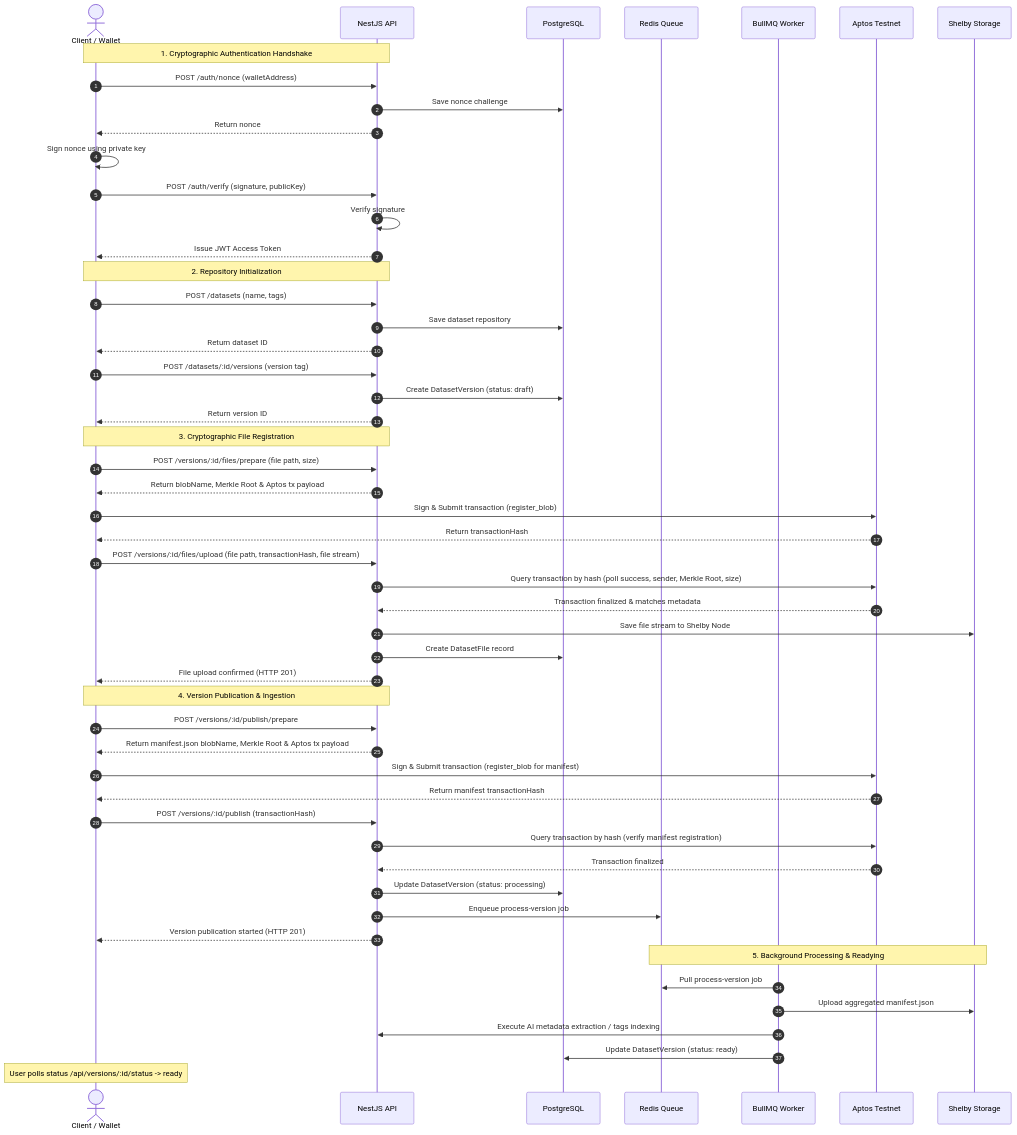
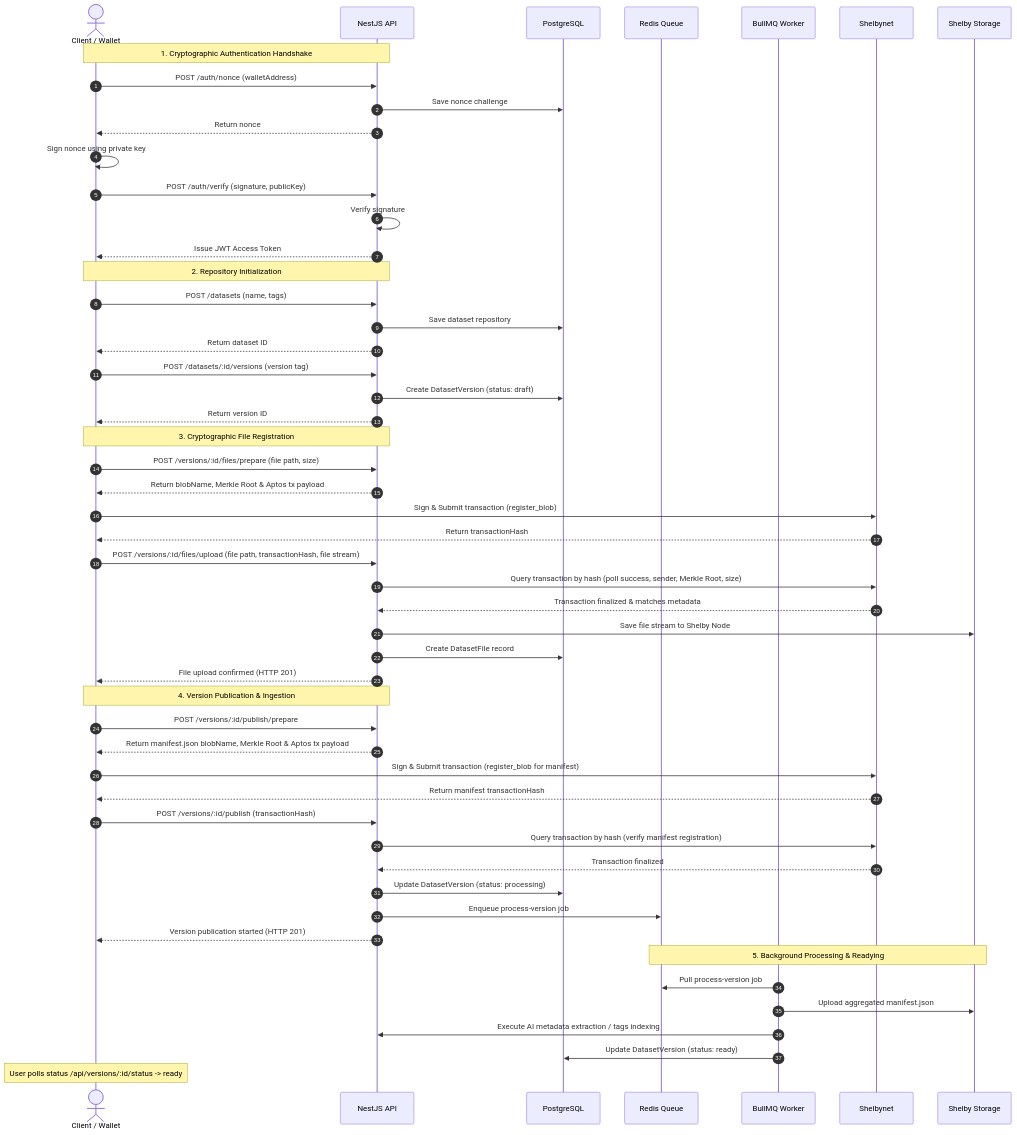
Before and after one commit to Avnsmith/Dataforge: the diagram in docs/publishing-flow.md, drawn with Mermaid. The commit also changed other lines of this file and 17 other files, not shown here.

````diff
--- a/docs/publishing-flow.md
+++ b/docs/publishing-flow.md
@@ -11,64 +11,64 @@
 ```mermaid
 sequenceDiagram
     autonumber
     actor User as Client / Wallet
     participant API as NestJS API
     participant DB as PostgreSQL
     participant Redis as Redis Queue
     participant Worker as BullMQ Worker
-    participant Aptos as Aptos Testnet
+    participant Aptos as Shelbynet
     participant Shelby as Shelby Storage
 
     %% Authentication
     Note over User, API: 1. Cryptographic Authentication Handshake
     User->>API: POST /auth/nonce (walletAddress)
     API->>DB: Save nonce challenge
     API-->>User: Return nonce
     User->>User: Sign nonce using private key
     User->>API: POST /auth/verify (signature, publicKey)
     API->>API: Verify signature
     API-->>User: Issue JWT Access Token
 
     %% Dataset and Version Creation
     Note over User, API: 2. Repository Initialization
     User->>API: POST /datasets (name, tags)
     API->>DB: Save dataset repository
     API-->>User: Return dataset ID
     User->>API: POST /datasets/:id/versions (version tag)
     API->>DB: Create DatasetVersion (status: draft)
     API-->>User: Return version ID
 
     %% File Ingestion
     Note over User, API: 3. Cryptographic File Registration
     User->>API: POST /versions/:id/files/prepare (file path, size)
     API-->>User: Return blobName, Merkle Root & Aptos tx payload
     User->>Aptos: Sign & Submit transaction (register_blob)
     Aptos-->>User: Return transactionHash
     User->>API: POST /versions/:id/files/upload (file path, transactionHash, file stream)
     API->>Aptos: Query transaction by hash (poll success, sender, Merkle Root, size)
     Aptos-->>API: Transaction finalized & matches metadata
     API->>Shelby: Save file stream to Shelby Node
     API->>DB: Create DatasetFile record
     API-->>User: File upload confirmed (HTTP 201)
 
     %% Manifest and Version Publication
     Note over User, API: 4. Version Publication & Ingestion
     User->>API: POST /versions/:id/publish/prepare
     API-->>User: Return manifest.json blobName, Merkle Root & Aptos tx payload
     User->>Aptos: Sign & Submit transaction (register_blob for manifest)
     Aptos-->>User: Return manifest transactionHash
     User->>API: POST /versions/:id/publish (transactionHash)
     API->>Aptos: Query transaction by hash (verify manifest registration)
     Aptos-->>API: Transaction finalized
     API->>DB: Update DatasetVersion (status: processing)
     API->>Redis: Enqueue process-version job
     API-->>User: Version publication started (HTTP 201)
     
     %% Background Ingestion Worker
     Note over Redis, Shelby: 5. Background Processing & Readying
     Worker->>Redis: Pull process-version job
     Worker->>Shelby: Upload aggregated manifest.json
     Worker->>API: Execute AI metadata extraction / tags indexing
     Worker->>DB: Update DatasetVersion (status: ready)
     Note over User: User polls status /api/versions/:id/status -> ready
 ```
````
